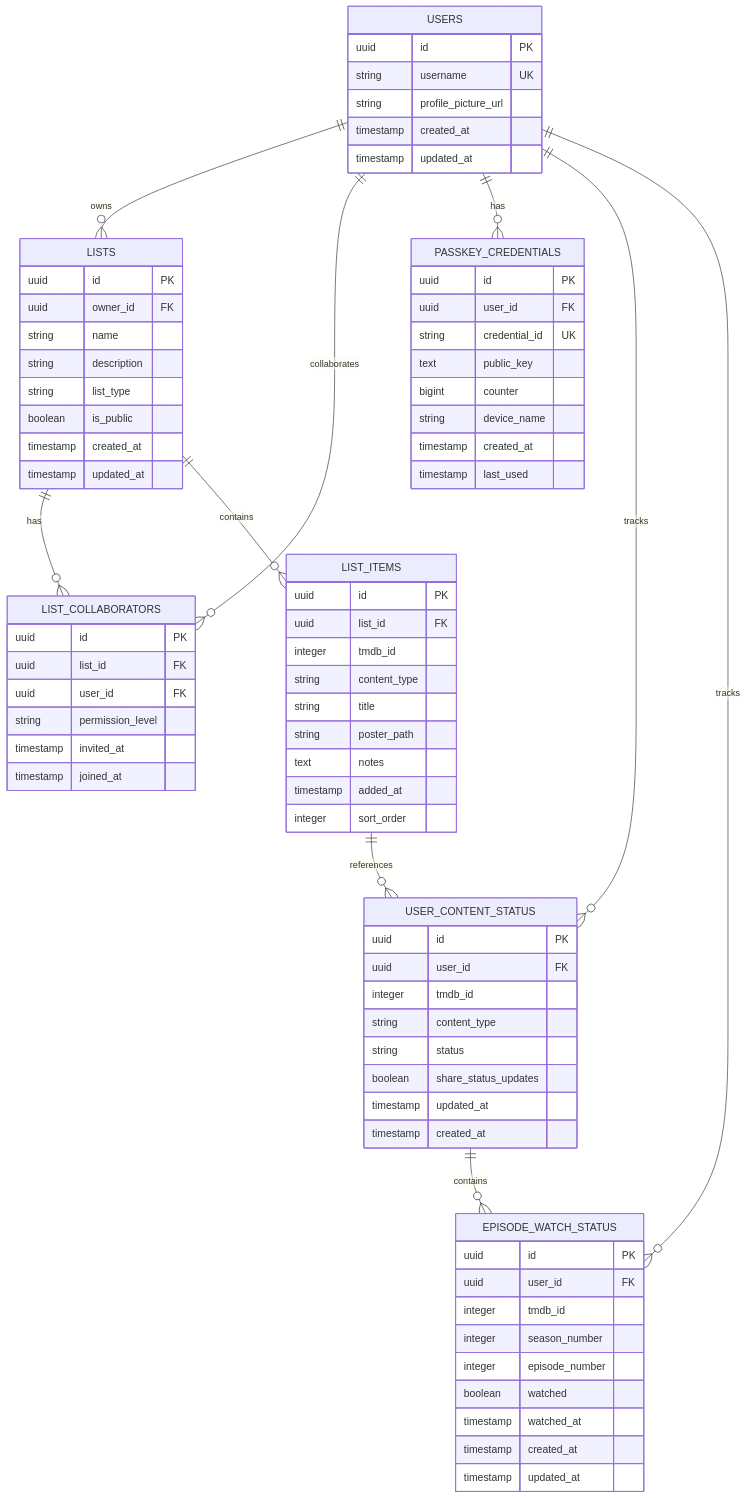
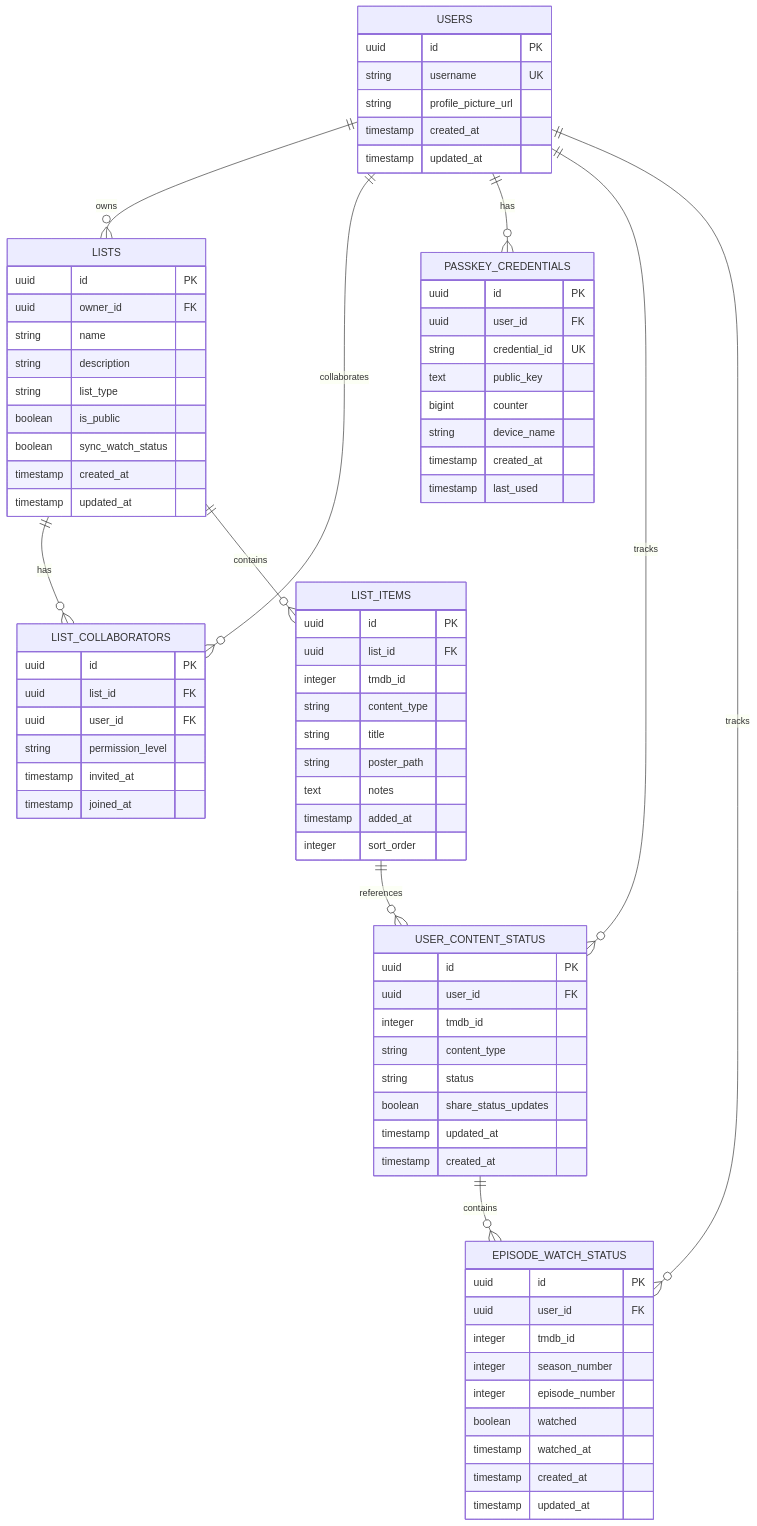
The third of 3 diagrams in .trae/documents/technical-architecture-document.md (benpaulsen4/watch-this), drawn with Mermaid before and after one commit. The commit also changed other lines of this file and 11 other files, not shown here.

Commit message:
feat: added watch status sync feature for collaborative lists

```diff
--- a/.trae/documents/technical-architecture-document.md
+++ b/.trae/documents/technical-architecture-document.md
@@ -356,6 +393,7 @@
         string description
         string list_type
         boolean is_public
+        boolean sync_watch_status
         timestamp created_at
         timestamp updated_at
     }
```
